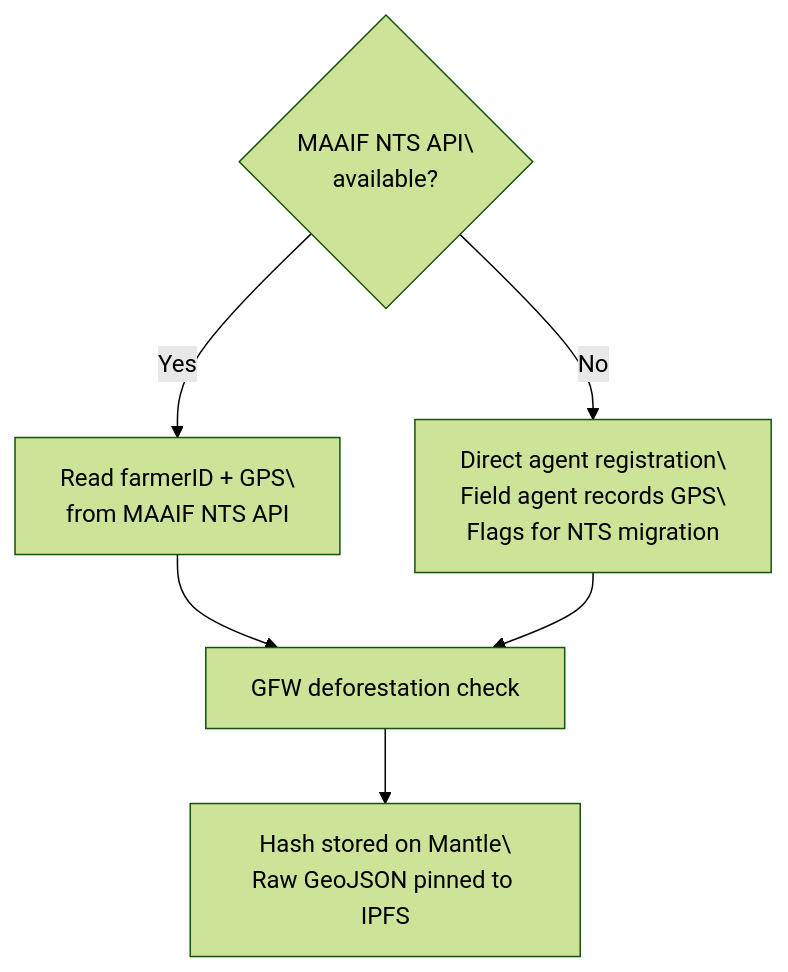
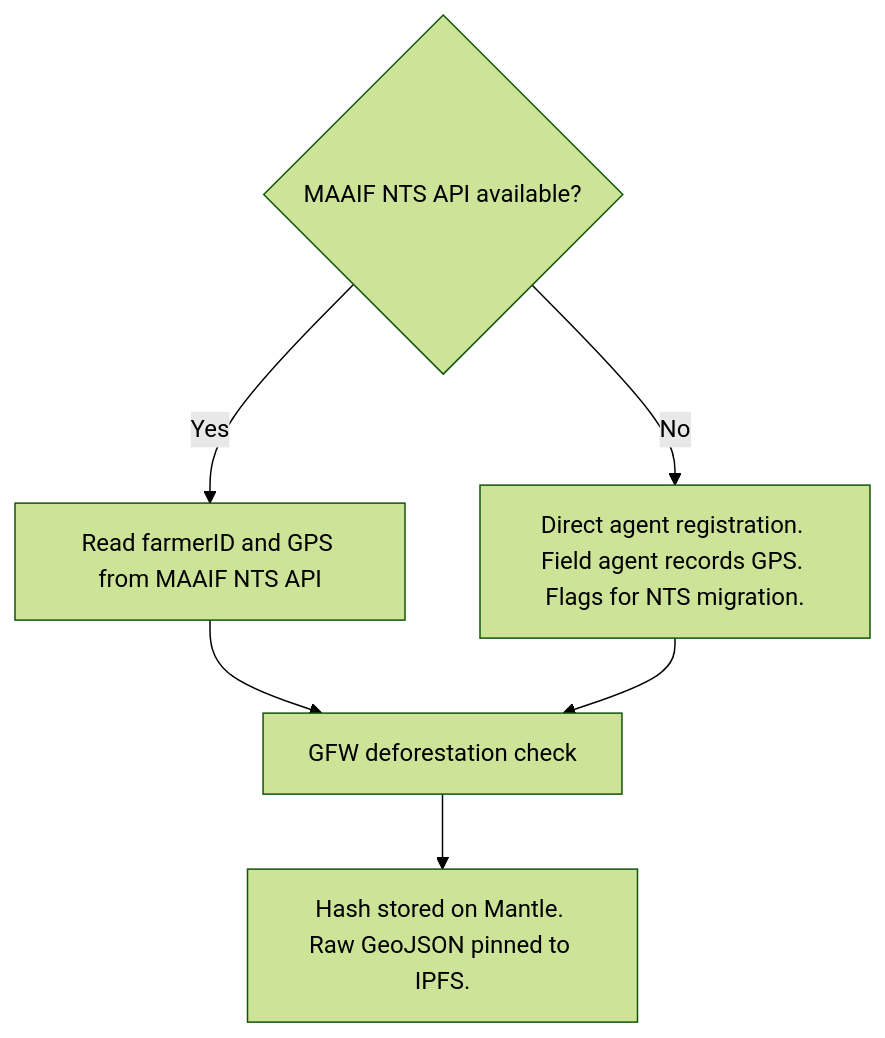
One commit to AsiliChain/docs changed the diagram in src/content/docs/overview/government-data.mdx. Above: the diagram before and after it, drawn with Mermaid (forest theme). The commit also changed other lines of this file, not shown here.

Commit message:
Fix: government-data mermaid block, JSON blank lines, licence field

````diff
--- a/src/content/docs/overview/government-data.mdx
+++ b/src/content/docs/overview/government-data.mdx
@@ -51,18 +51,13 @@
 ```mermaid
-flowchart TD
-    CHECK{MAAIF NTS API\
-available?}
-    PRIMARY[Read farmerID + GPS\
-from MAAIF NTS API]
-    FALLBACK[Direct agent registration\
-Field agent records GPS\
-Flags for NTS migration]
-    VERIFY[GFW deforestation check]
-    STORE[Hash stored on Mantle\
-Raw GeoJSON pinned to IPFS]
-    CHECK -->|Yes| PRIMARY
-    CHECK -->|No| FALLBACK
-    PRIMARY --> VERIFY
-    FALLBACK --> VERIFY
-    VERIFY --> STORE
+  flowchart TD
+      CHECK{MAAIF NTS API available?}
+      PRIMARY[Read farmerID and GPS from MAAIF NTS API]
+      FALLBACK[Direct agent registration. Field agent records GPS. Flags for NTS migration.]
+      VERIFY[GFW deforestation check]
+      STORE[Hash stored on Mantle. Raw GeoJSON pinned to IPFS.]
+      CHECK -->|Yes| PRIMARY
+      CHECK -->|No| FALLBACK
+      PRIMARY --> VERIFY
+      FALLBACK --> VERIFY
+      VERIFY --> STORE
 ```
````
